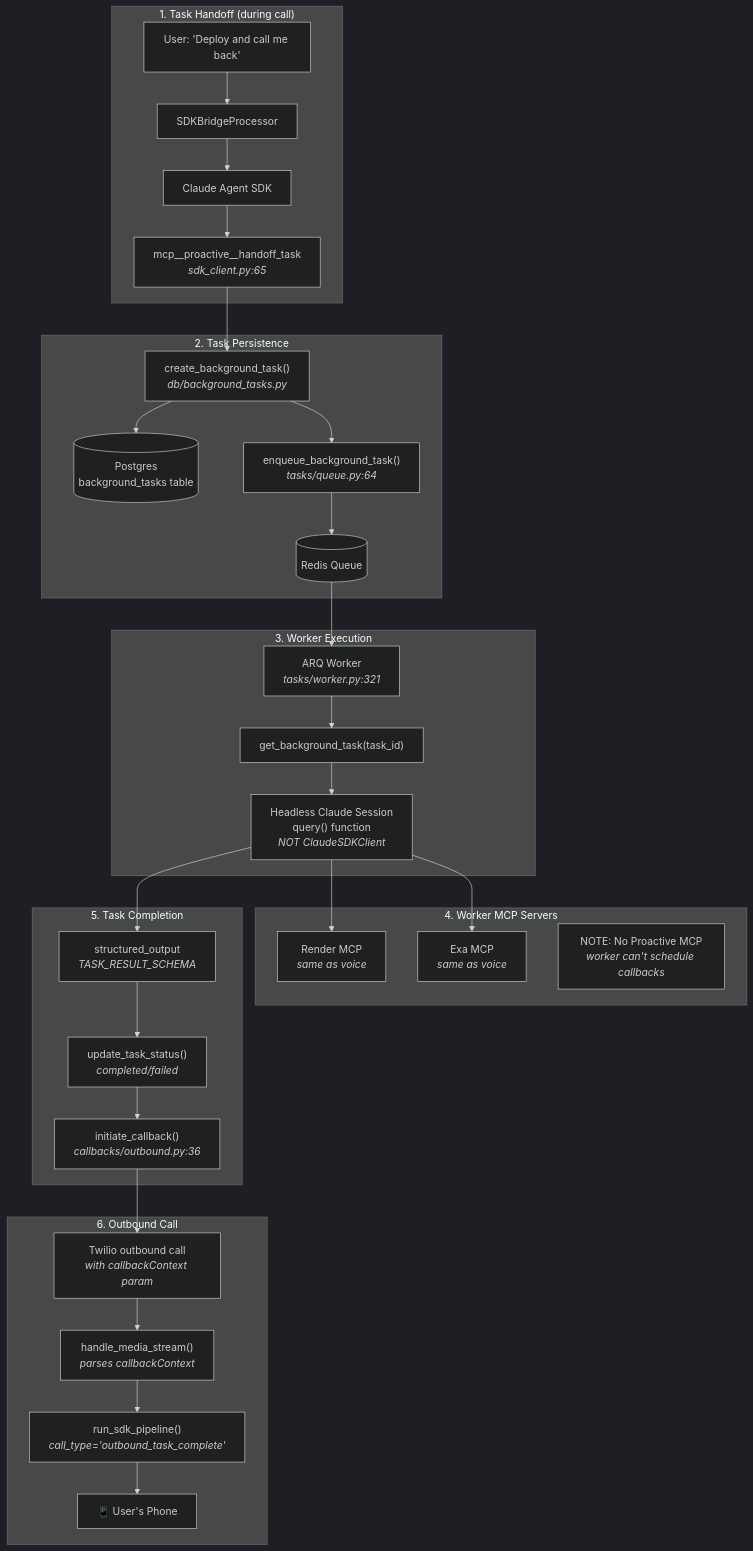
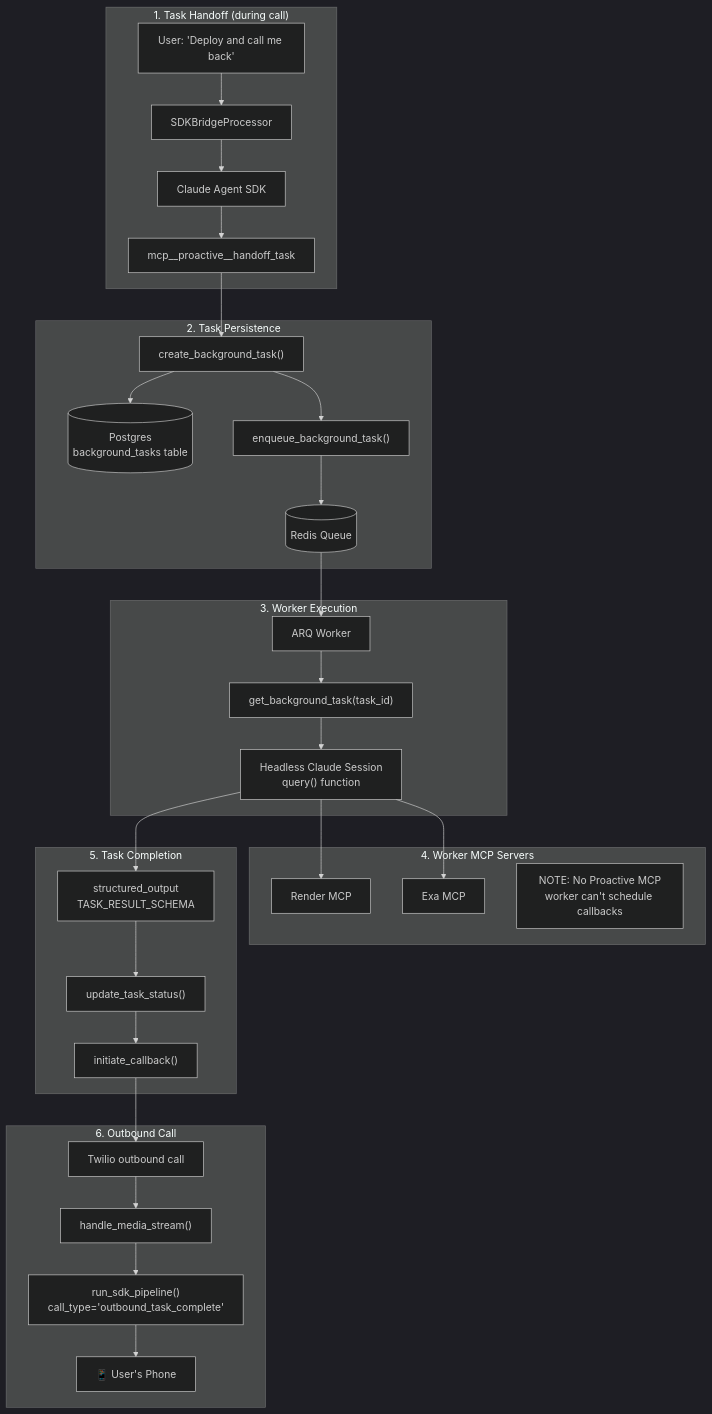
The second of 2 diagrams in docs/REFERENCE.md (Designedforusers/RingFra), drawn with Mermaid (dark theme) before and after one commit. The commit also changed other lines of this file and 1 other file, not shown here.

````diff
--- a/docs/REFERENCE.md
+++ b/docs/REFERENCE.md
@@ -177,55 +176,55 @@
 ```mermaid
 flowchart TB
     subgraph "1. Task Handoff (during call)"
         User["User: 'Deploy and call me back'"]
         Bridge["SDKBridgeProcessor"]
         SDK["Claude Agent SDK"]
-        HandoffTool["mcp__proactive__handoff_task<br/><i>sdk_client.py:65</i>"]
-        
+        HandoffTool["mcp__proactive__handoff_task"]
+
         User --> Bridge --> SDK --> HandoffTool
     end
 
     subgraph "2. Task Persistence"
-        CreateTask["create_background_task()<br/><i>db/background_tasks.py</i>"]
+        CreateTask["create_background_task()"]
         Postgres[(Postgres<br/>background_tasks table)]
-        Enqueue["enqueue_background_task()<br/><i>tasks/queue.py:64</i>"]
+        Enqueue["enqueue_background_task()"]
         Redis[(Redis Queue)]
-        
+
         HandoffTool --> CreateTask --> Postgres
         CreateTask --> Enqueue --> Redis
     end
 
     subgraph "3. Worker Execution"
-        Worker["ARQ Worker<br/><i>tasks/worker.py:321</i>"]
+        Worker["ARQ Worker"]
         GetTask["get_background_task(task_id)"]
-        HeadlessSDK["Headless Claude Session<br/>query() function<br/><i>NOT ClaudeSDKClient</i>"]
-        
+        HeadlessSDK["Headless Claude Session<br/>query() function"]
+
         Redis --> Worker --> GetTask --> HeadlessSDK
     end
 
     subgraph "4. Worker MCP Servers"
-        WorkerRender["Render MCP<br/><i>same as voice</i>"]
-        WorkerExa["Exa MCP<br/><i>same as voice</i>"]
-        WorkerNote["NOTE: No Proactive MCP<br/><i>worker can't schedule callbacks</i>"]
-        
+        WorkerRender["Render MCP"]
+        WorkerExa["Exa MCP"]
+        WorkerNote["NOTE: No Proactive MCP<br/>worker can't schedule callbacks"]
+
         HeadlessSDK --> WorkerRender
         HeadlessSDK --> WorkerExa
     end
 
     subgraph "5. Task Completion"
-        Structured["structured_output<br/><i>TASK_RESULT_SCHEMA</i>"]
-        UpdateStatus["update_task_status()<br/><i>completed/failed</i>"]
-        Callback["initiate_callback()<br/><i>callbacks/outbound.py:36</i>"]
-        
+        Structured["structured_output<br/>TASK_RESULT_SCHEMA"]
+        UpdateStatus["update_task_status()"]
+        Callback["initiate_callback()"]
+
         HeadlessSDK --> Structured --> UpdateStatus --> Callback
     end
 
     subgraph "6. Outbound Call"
-        TwilioOut["Twilio outbound call<br/><i>with callbackContext param</i>"]
-        WS2["handle_media_stream()<br/><i>parses callbackContext</i>"]
-        Pipeline2["run_sdk_pipeline()<br/><i>call_type='outbound_task_complete'</i>"]
+        TwilioOut["Twilio outbound call"]
+        WS2["handle_media_stream()"]
+        Pipeline2["run_sdk_pipeline()<br/>call_type='outbound_task_complete'"]
         UserPhone["📱 User's Phone"]
-        
+
         Callback --> TwilioOut --> WS2 --> Pipeline2 --> UserPhone
     end
 ```
````
